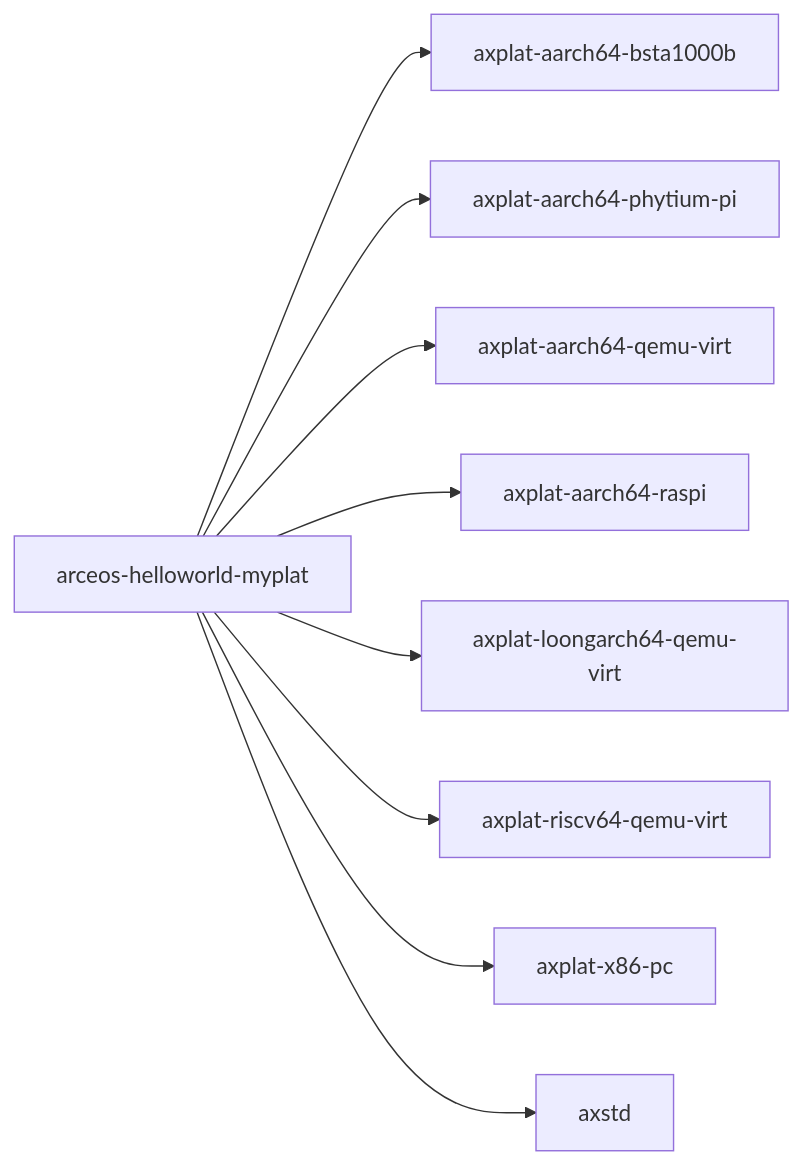
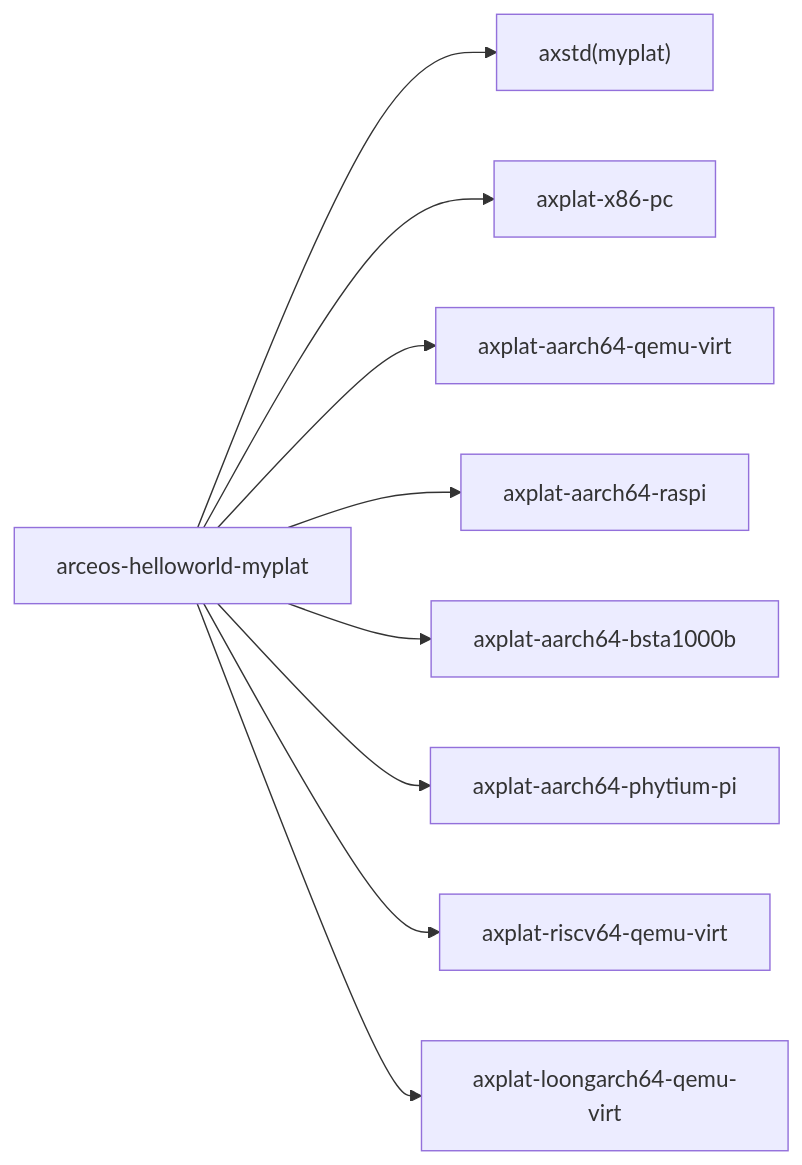
One commit to rcore-os/tgoskits changed the second of 2 diagrams in docs/crates/arceos-helloworld-myplat.md. Above: the diagram before and after it, drawn with Mermaid. The commit also changed other lines of this file and 99 other files, not shown here.

````diff
--- a/docs/crates/arceos-helloworld-myplat.md
+++ b/docs/crates/arceos-helloworld-myplat.md
@@ -32,12 +83,11 @@
 ```mermaid
 graph LR
-    current["arceos-helloworld-myplat"]
-    current --> axplat_aarch64_bsta1000b["axplat-aarch64-bsta1000b"]
-    current --> axplat_aarch64_phytium_pi["axplat-aarch64-phytium-pi"]
-    current --> axplat_aarch64_qemu_virt["axplat-aarch64-qemu-virt"]
-    current --> axplat_aarch64_raspi["axplat-aarch64-raspi"]
-    current --> axplat_loongarch64_qemu_virt["axplat-loongarch64-qemu-virt"]
-    current --> axplat_riscv64_qemu_virt["axplat-riscv64-qemu-virt"]
-    current --> axplat_x86_pc["axplat-x86-pc"]
-    current --> axstd["axstd"]
+    app["arceos-helloworld-myplat"] --> axstd["axstd(myplat)"]
+    app --> x86["axplat-x86-pc"]
+    app --> a64q["axplat-aarch64-qemu-virt"]
+    app --> raspi["axplat-aarch64-raspi"]
+    app --> bsta["axplat-aarch64-bsta1000b"]
+    app --> phy["axplat-aarch64-phytium-pi"]
+    app --> rv["axplat-riscv64-qemu-virt"]
+    app --> loong["axplat-loongarch64-qemu-virt"]
 ```
````
